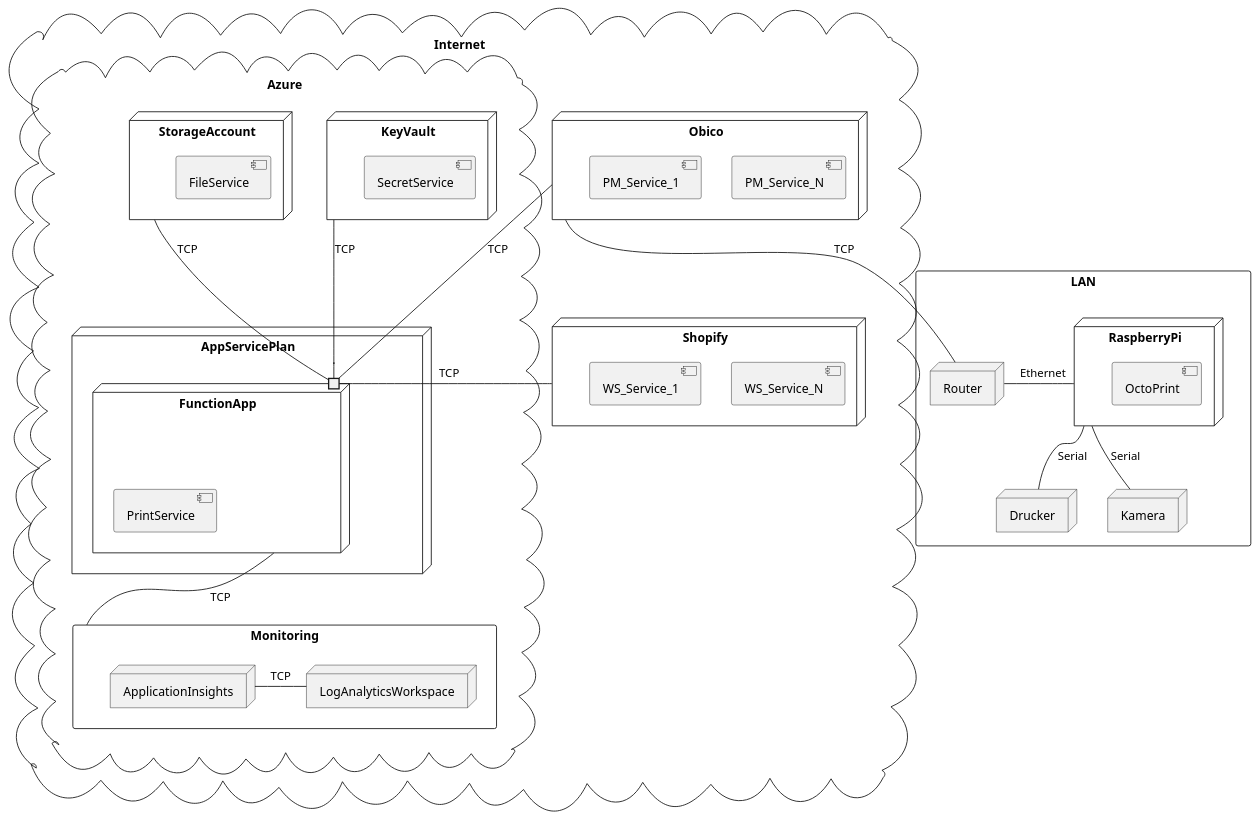
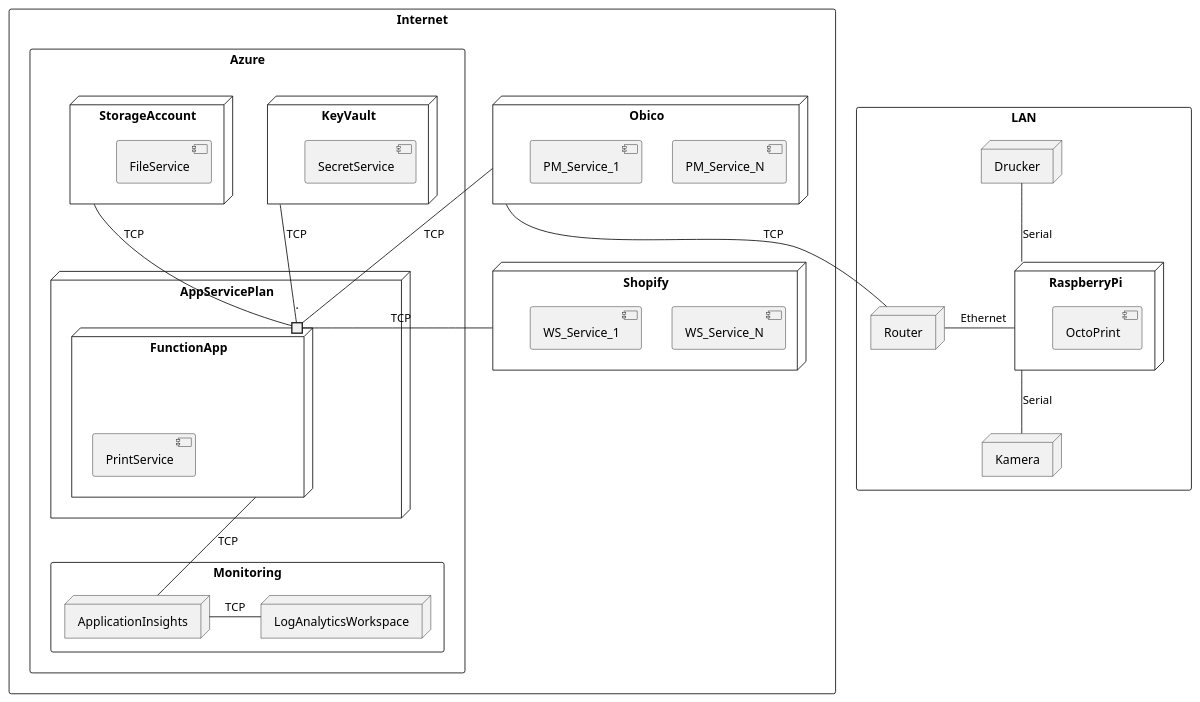
Before and after one commit to tobiasbuhmann/repro3d-diagrams: the diagram in DeploymentDiagram.plantuml, drawn with PlantUML. The commit also changed 5 other files, not shown here.

Commit message:
New versions of diagrams

```diff
--- a/DeploymentDiagram.plantuml
+++ b/DeploymentDiagram.plantuml
@@ -1,60 +1,60 @@
 @startuml DeploymentDiagram
 
-cloud Internet {
+rectangle Internet {
     node Shopify {
         component WS_Service_N
         component WS_Service_1
     }
 
-cloud Azure {
+rectangle Azure {
     node KeyVault {
         component SecretService
     }
 
     node AppServicePlan {
         node FunctionApp {
             component PrintService
             port .
         }
     }
 
     rectangle Monitoring {
         node ApplicationInsights {
         }
 
         node LogAnalyticsWorkspace {
         }
     }
 
     node StorageAccount {
         component FileService
     }
 }
 
     node Obico {
         component PM_Service_N
         component PM_Service_1
     }
 }
 
 rectangle LAN {
     node RaspberryPi {
         component OctoPrint
     }
     node Router
     node Drucker
     node Kamera
 }
 
 Shopify -left- . : TCP
 KeyVault -down- . : TCP
 StorageAccount -down- . : TCP
-FunctionApp -down- Monitoring : TCP
+FunctionApp -down- ApplicationInsights : TCP
 ApplicationInsights -right- LogAnalyticsWorkspace : TCP
 Obico -down- . : TCP
 Obico -down- Router : TCP
 Router -right- RaspberryPi : Ethernet
-RaspberryPi -down- Drucker : Serial
+RaspberryPi -up- Drucker : Serial
 RaspberryPi -down- Kamera : Serial
 
 @enduml
```
